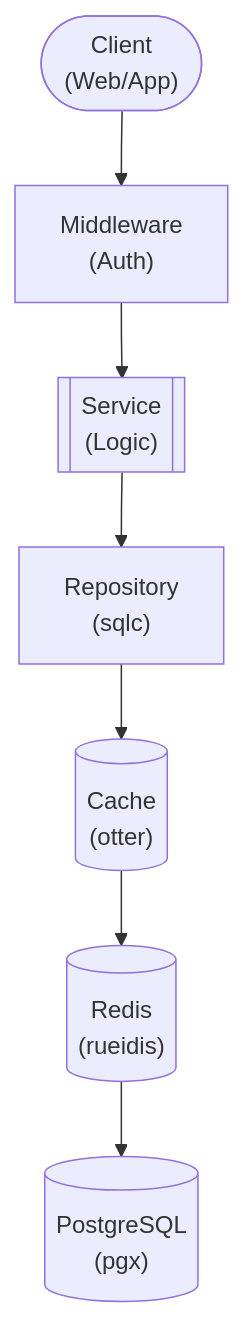
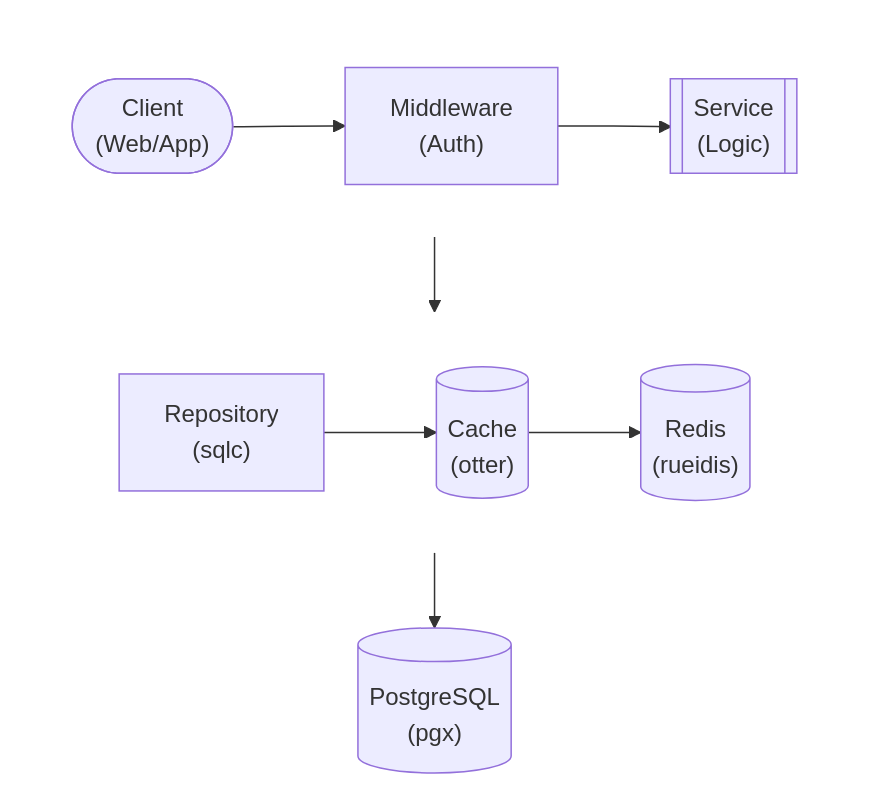
One commit to lusoris/revenge changed the diagram in docs/dev/design/services/SESSION.md. Above: the diagram before and after it, drawn with Mermaid. The commit also changed 210 other files, not shown here.

First line of the commit message:
feat(docs): Add horizontal layout support for Mermaid diagrams

````diff
--- a/docs/dev/design/services/SESSION.md
+++ b/docs/dev/design/services/SESSION.md
@@ -58,16 +58,26 @@
 ```mermaid
 flowchart TD
-    node1(["Client<br/>(Web/App)"])
-    node2["Middleware<br/>(Auth)"]
-    node3[["Service<br/>(Logic)"]]
-    node4["Repository<br/>(sqlc)"]
-    node5[("Cache<br/>(otter)")]
-    node6[("Redis<br/>(rueidis)")]
+    subgraph row1[ ]
+        direction LR
+        node1(["Client<br/>(Web/App)"])
+        node2["Middleware<br/>(Auth)"]
+        node3[["Service<br/>(Logic)"]]
+    end
+    subgraph row2[ ]
+        direction LR
+        node4["Repository<br/>(sqlc)"]
+        node5[("Cache<br/>(otter)")]
+        node6[("Redis<br/>(rueidis)")]
+    end
     node7[("PostgreSQL<br/>(pgx)")]
     node1 --> node2
     node2 --> node3
     node4 --> node5
     node5 --> node6
     node3 --> node4
     node6 --> node7
+
+    %% Hide row subgraph borders
+    style row1 fill:transparent,stroke:transparent
+    style row2 fill:transparent,stroke:transparent
 ```
````
